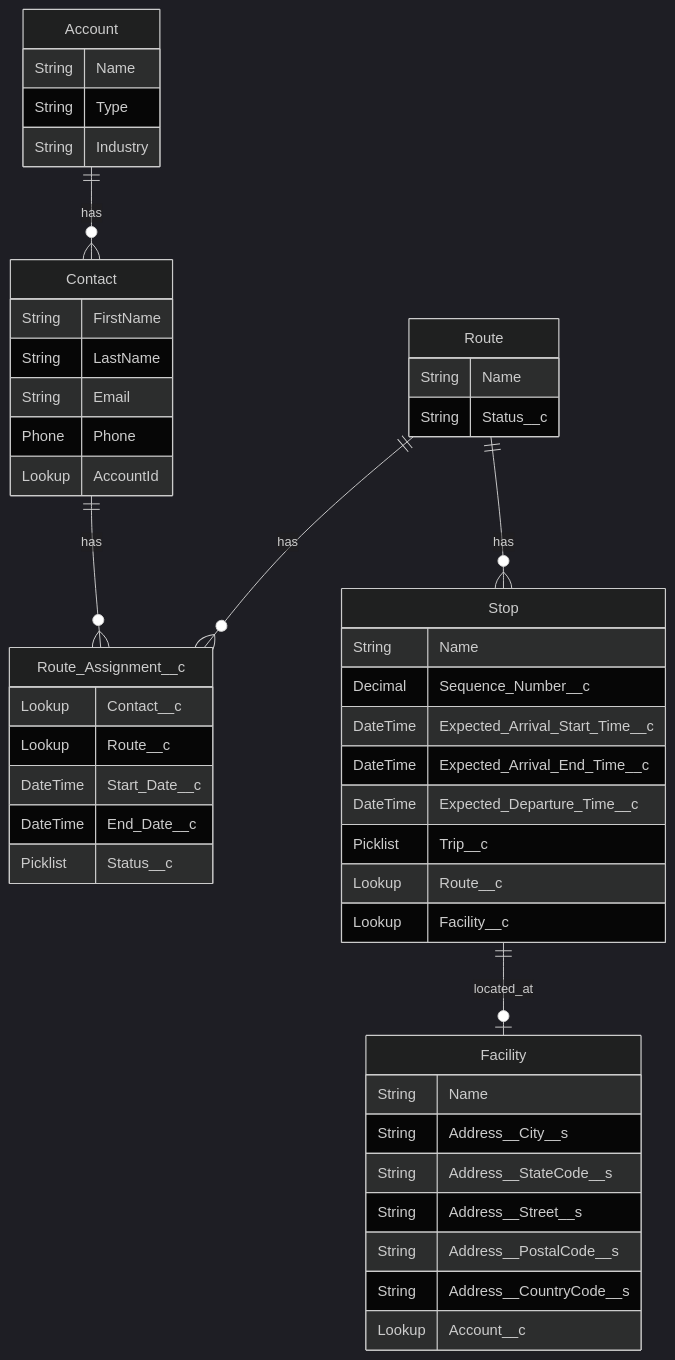
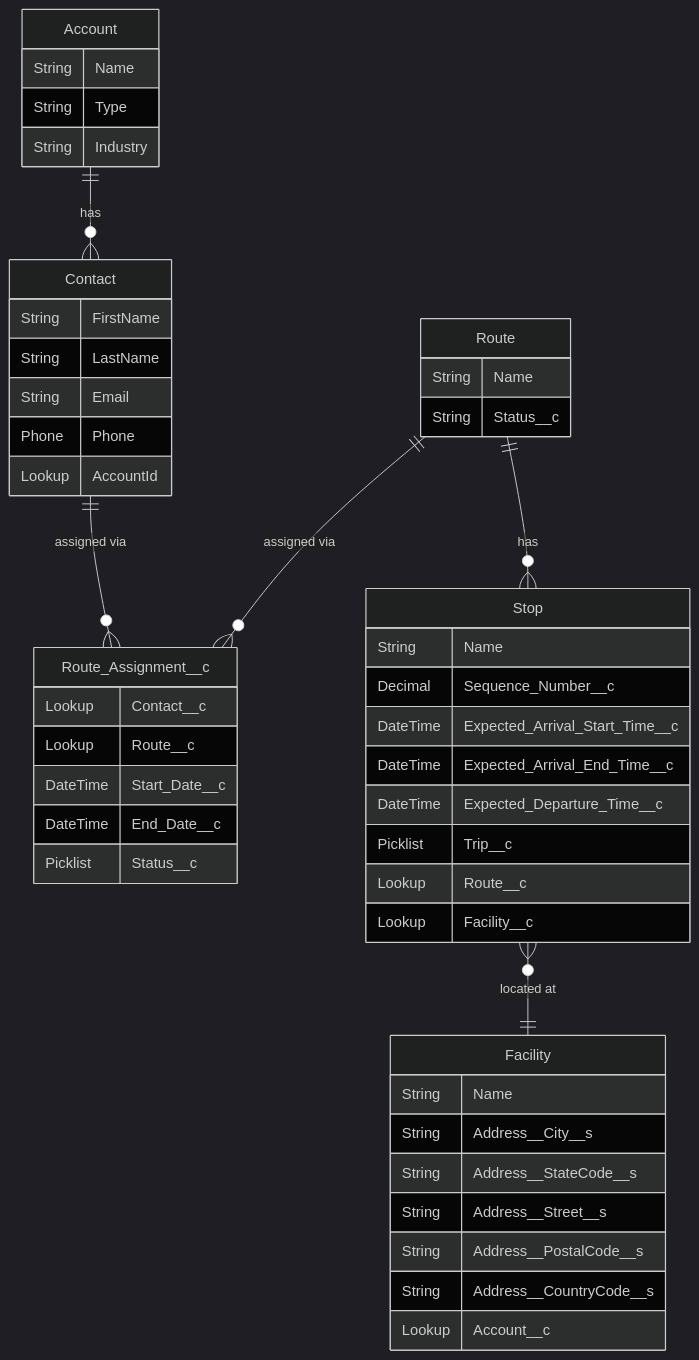
Before and after one commit to yurybond/voice-agent: the second of 2 diagrams in README.md, drawn with Mermaid (dark theme).

Commit message:
Updated types of relationships

````diff
--- a/README.md
+++ b/README.md
@@ -20,56 +20,57 @@
 ```mermaid
 erDiagram
     Account ||--o{ Contact : "has"
-    Contact ||--o{ Route_Assignment__c : "has"
-    Route ||--o{ Route_Assignment__c : "has"
+    Contact ||--o{ Route_Assignment__c : "assigned via"
+    Route ||--o{ Route_Assignment__c : "assigned via"
     Route ||--o{ Stop : "has"
-    Stop ||--o| Facility : "located_at"
+    Stop }o--|| Facility : "located at"
+    
 
     Account {
         String Name
         String Type
         String Industry
     }
 
     Contact {
         String FirstName
         String LastName
         String Email
         Phone Phone
         Lookup AccountId
     }
 
     Route_Assignment__c {
         Lookup Contact__c
         Lookup Route__c
         DateTime Start_Date__c
         DateTime End_Date__c
         Picklist Status__c
     }
 
     Route {
         String Name
         String Status__c
     }
 
     Stop {
         String Name
         Decimal Sequence_Number__c
         DateTime Expected_Arrival_Start_Time__c
         DateTime Expected_Arrival_End_Time__c
         DateTime Expected_Departure_Time__c
         Picklist Trip__c
         Lookup Route__c
         Lookup Facility__c
     }
 
     Facility {
         String Name
         String Address__City__s
         String Address__StateCode__s
         String Address__Street__s
         String Address__PostalCode__s
         String Address__CountryCode__s
         Lookup Account__c
     }
 ```
````
